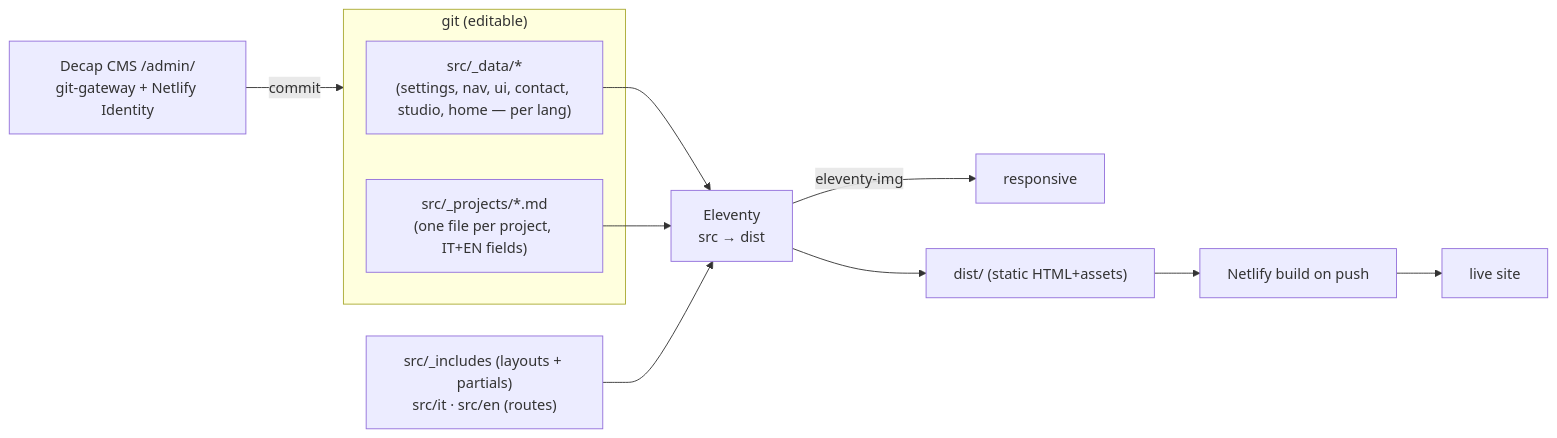
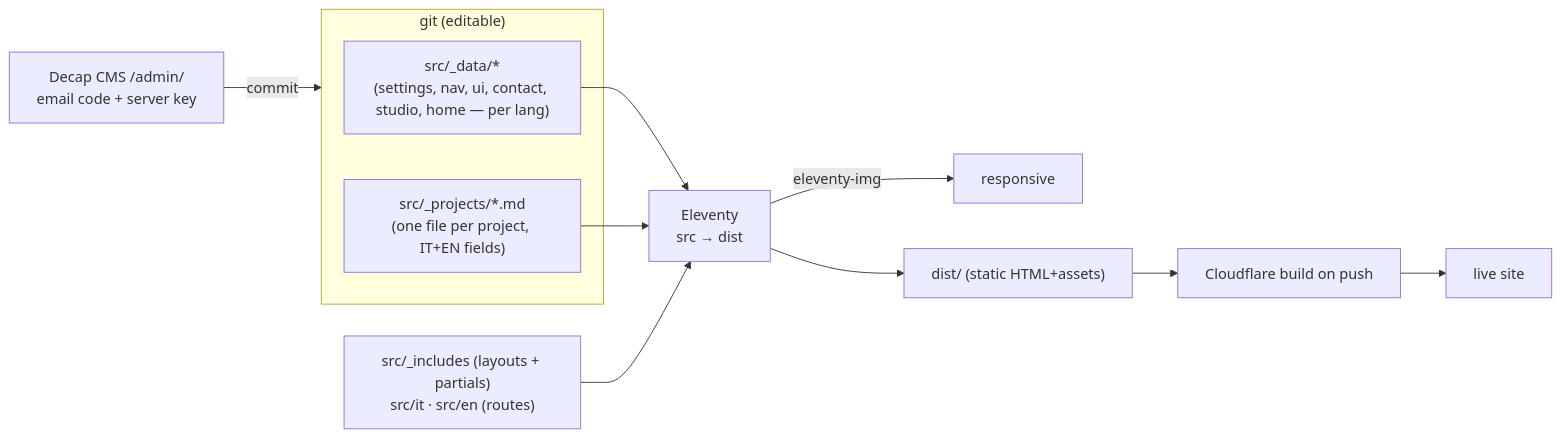
One commit to Alessandro-Arensi/rp-design-webpage changed the diagram in README.md. Above: the diagram before and after it, drawn with Mermaid. The commit also changed other lines of this file and 25 other files, not shown here.

````diff
--- a/README.md
+++ b/README.md
@@ -62,14 +62,14 @@
 ```mermaid
 flowchart LR
   subgraph Content["git (editable)"]
     D["src/_data/*<br/>(settings, nav, ui, contact, studio, home — per lang)"]
     P["src/_projects/*.md<br/>(one file per project, IT+EN fields)"]
   end
-  CMS["Decap CMS /admin/<br/>git-gateway + Netlify Identity"] -->|commit| Content
+  CMS["Decap CMS /admin/<br/>email code + server key"] -->|commit| Content
   D & P --> ELE["Eleventy<br/>src → dist"]
   T["src/_includes (layouts + partials)<br/>src/it · src/en (routes)"] --> ELE
   ELE -->|eleventy-img| IMG["responsive <picture>"]
   ELE --> DIST["dist/ (static HTML+assets)"]
-  DIST --> NET["Netlify build on push"]
-  NET --> SITE["live site"]
+  DIST --> CF["Cloudflare build on push"]
+  CF --> SITE["live site"]
 ```
````
